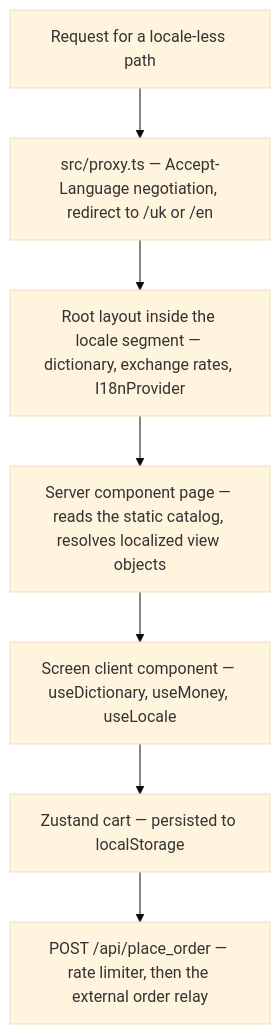
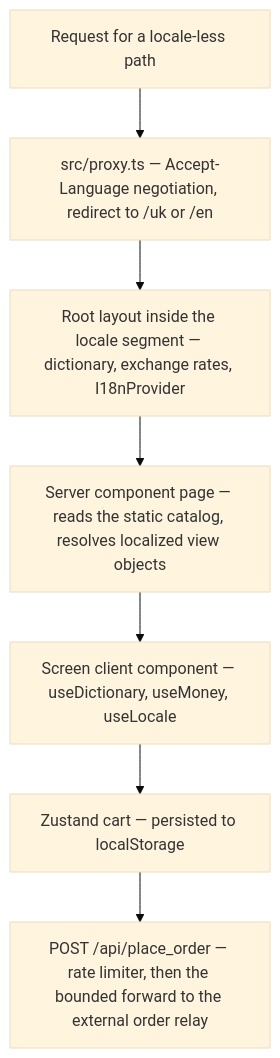
Before and after one commit to maksim-pokhiliy/utg-2.0: the diagram in README.md, drawn with Mermaid (base theme). The commit also changed other lines of this file and 8 other files, not shown here.

First line of the commit message:
Bound the order relay forward and prove it over a real socket (#24)

````diff
--- a/README.md
+++ b/README.md
@@ -61,9 +61,9 @@
 ```mermaid
 flowchart TD
     A["Request for a locale-less path"] --> B["src/proxy.ts — Accept-Language negotiation, redirect to /uk or /en"]
     B --> C["Root layout inside the locale segment — dictionary, exchange rates, I18nProvider"]
     C --> D["Server component page — reads the static catalog, resolves localized view objects"]
     D --> E["Screen client component — useDictionary, useMoney, useLocale"]
     E --> F["Zustand cart — persisted to localStorage"]
-    F --> G["POST /api/place_order — rate limiter, then the external order relay"]
+    F --> G["POST /api/place_order — rate limiter, then the bounded forward to the external order relay"]
 ```
````
